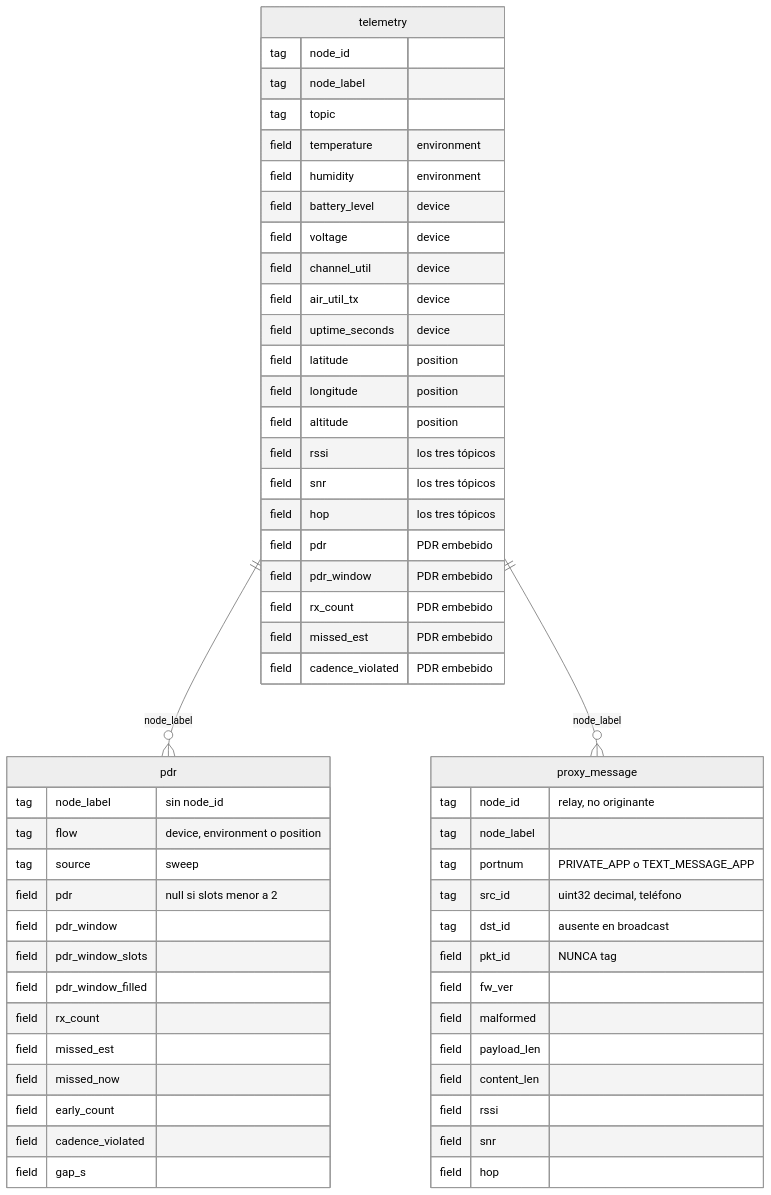
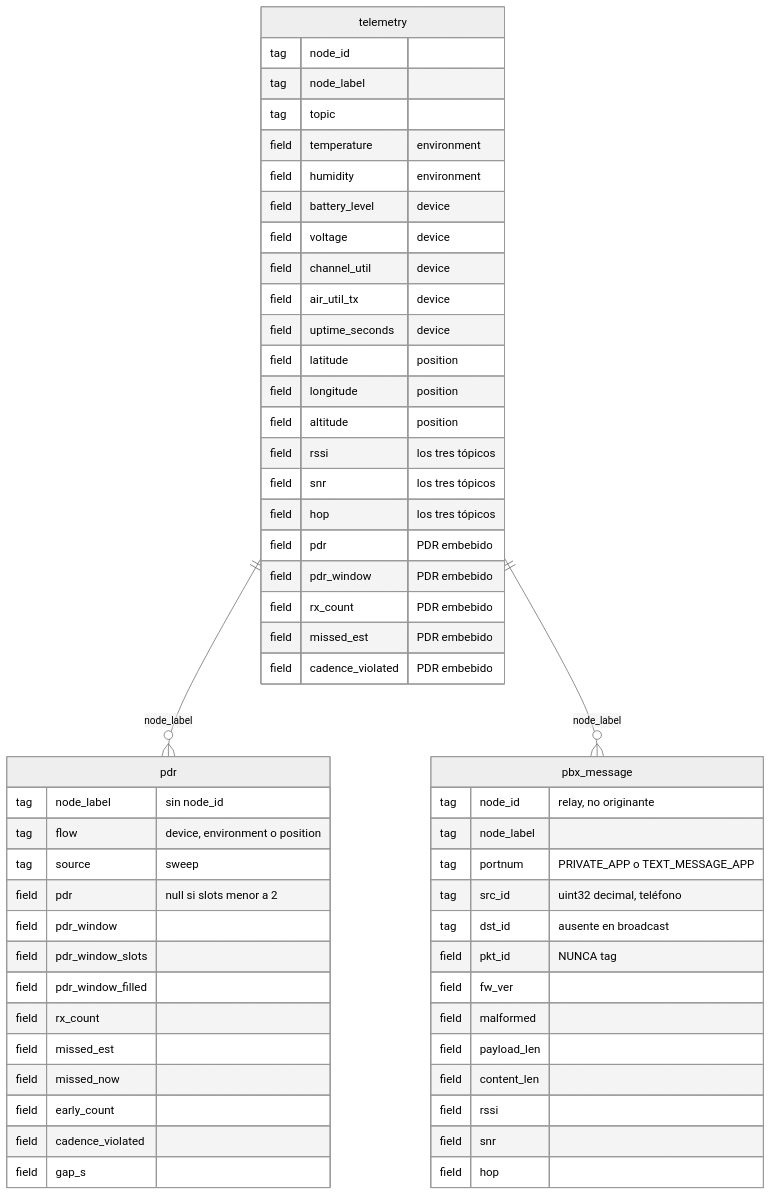
One commit to OF306PUC/meshtastic-testbed-platform changed the second of 2 diagrams in docs/diagrams/database-ingestion-schema.md. Above: the diagram before and after it, drawn with Mermaid (neutral theme). The commit also changed other lines of this file and 34 other files, not shown here.

````diff
--- a/docs/diagrams/database-ingestion-schema.md
+++ b/docs/diagrams/database-ingestion-schema.md
@@ -87,61 +87,61 @@
 ```mermaid
 erDiagram
     telemetry ||--o{ pdr : "node_label"
-    telemetry ||--o{ proxy_message : "node_label"
+    telemetry ||--o{ pbx_message : "node_label"
 
     telemetry {
         tag node_id
         tag node_label
         tag topic
         field temperature "environment"
         field humidity "environment"
         field battery_level "device"
         field voltage "device"
         field channel_util "device"
         field air_util_tx "device"
         field uptime_seconds "device"
         field latitude "position"
         field longitude "position"
         field altitude "position"
         field rssi "los tres tópicos"
         field snr "los tres tópicos"
         field hop "los tres tópicos"
         field pdr "PDR embebido"
         field pdr_window "PDR embebido"
         field rx_count "PDR embebido"
         field missed_est "PDR embebido"
         field cadence_violated "PDR embebido"
     }
 
-    proxy_message {
+    pbx_message {
         tag node_id "relay, no originante"
         tag node_label
         tag portnum "PRIVATE_APP o TEXT_MESSAGE_APP"
         tag src_id "uint32 decimal, teléfono"
         tag dst_id "ausente en broadcast"
         field pkt_id "NUNCA tag"
         field fw_ver
         field malformed
         field payload_len
         field content_len
         field rssi
         field snr
         field hop
     }
 
     pdr {
         tag node_label "sin node_id"
         tag flow "device, environment o position"
         tag source "sweep"
         field pdr "null si slots menor a 2"
         field pdr_window
         field pdr_window_slots
         field pdr_window_filled
         field rx_count
         field missed_est
         field missed_now
         field early_count
         field cadence_violated
         field gap_s
     }
 ```
````
